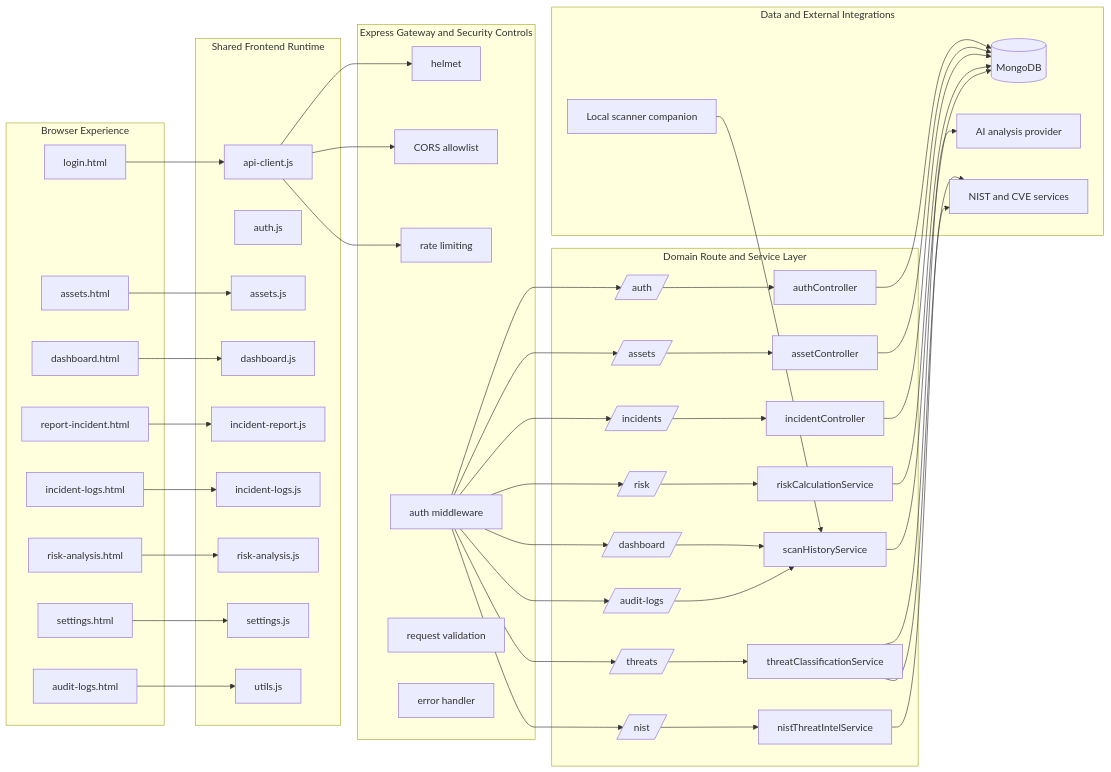
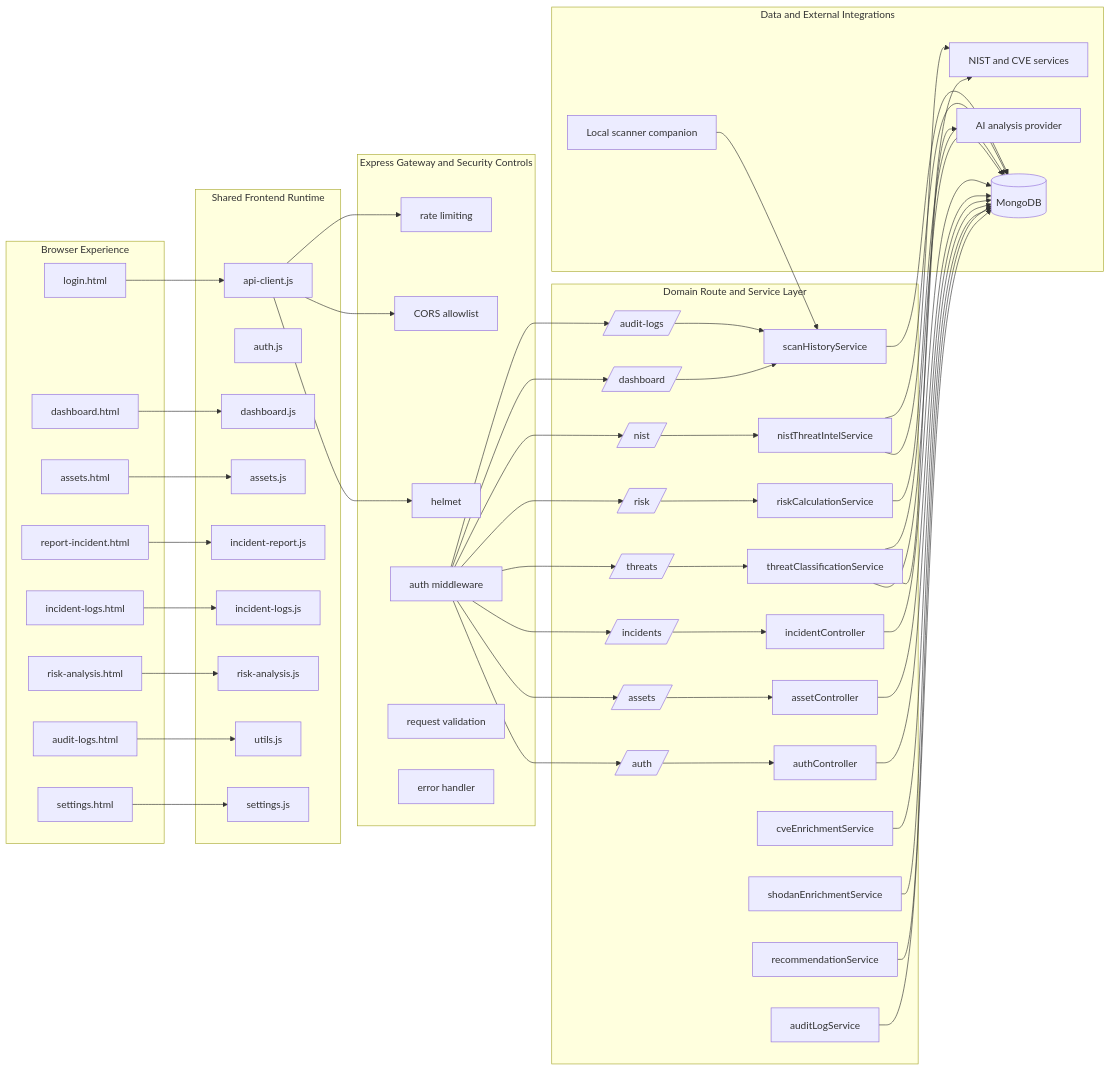
One commit to Minaga-S/Test-Project changed the first of 4 diagrams in technical-documentation/Hotel-Cybersecurity-Technical-Documentation-Standards.md. Above: the diagram before and after it, drawn with Mermaid.

````diff
--- a/technical-documentation/Hotel-Cybersecurity-Technical-Documentation-Standards.md
+++ b/technical-documentation/Hotel-Cybersecurity-Technical-Documentation-Standards.md
@@ -72,6 +72,10 @@
     S5[riskCalculationService]
     S6[nistThreatIntelService]
     S7[scanHistoryService]
+    S8[cveEnrichmentService]
+    S9[shodanEnrichmentService]
+    S10[recommendationService]
+    S11[auditLogService]
   end
 
   subgraph Data[Data and External Integrations]
@@ -116,8 +120,14 @@
   S3 --> D1
   S4 --> D2
   S4 --> D3
+  S4 --> D1
   S5 --> D1
   S6 --> D3
+  S6 --> D1
   S7 --> D1
+  S8 --> D1
+  S9 --> D1
+  S10 --> D1
+  S11 --> D1
   D4 --> S7
 ```
````
